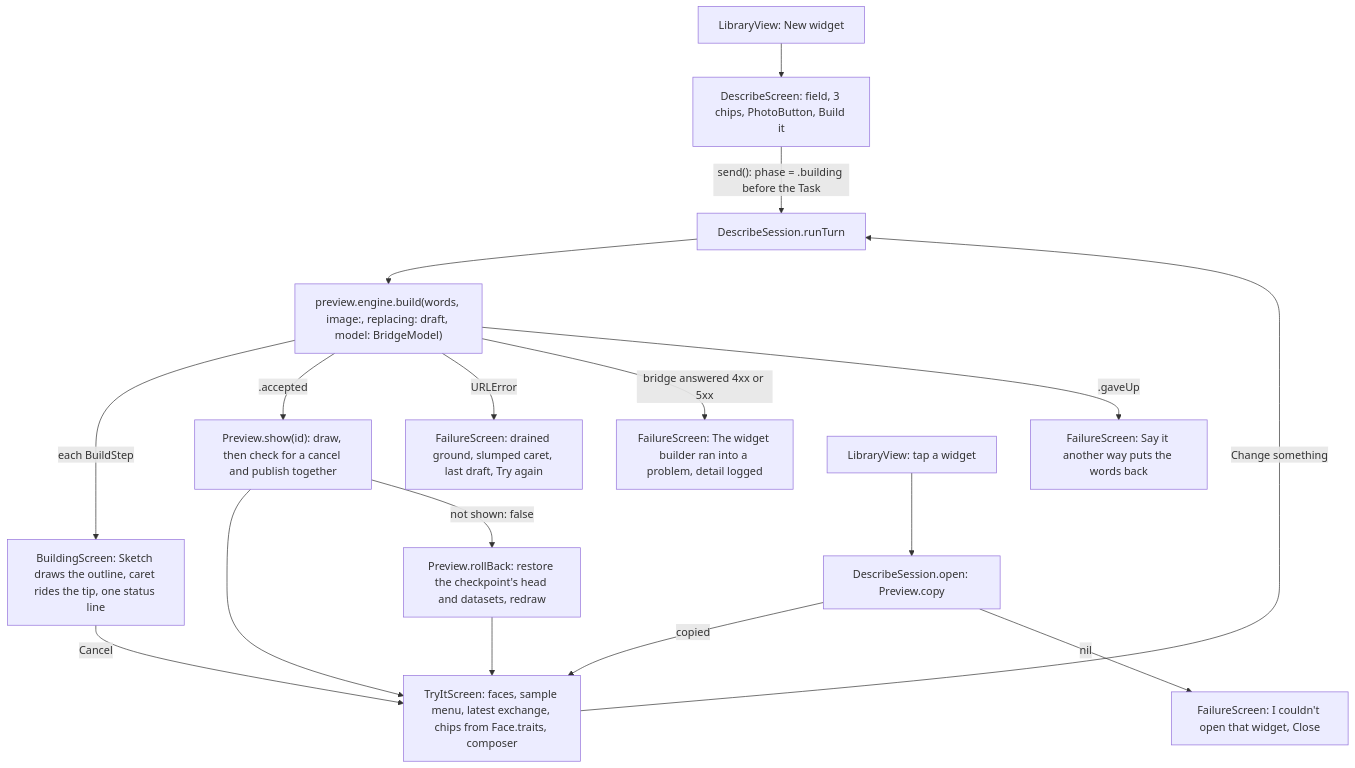
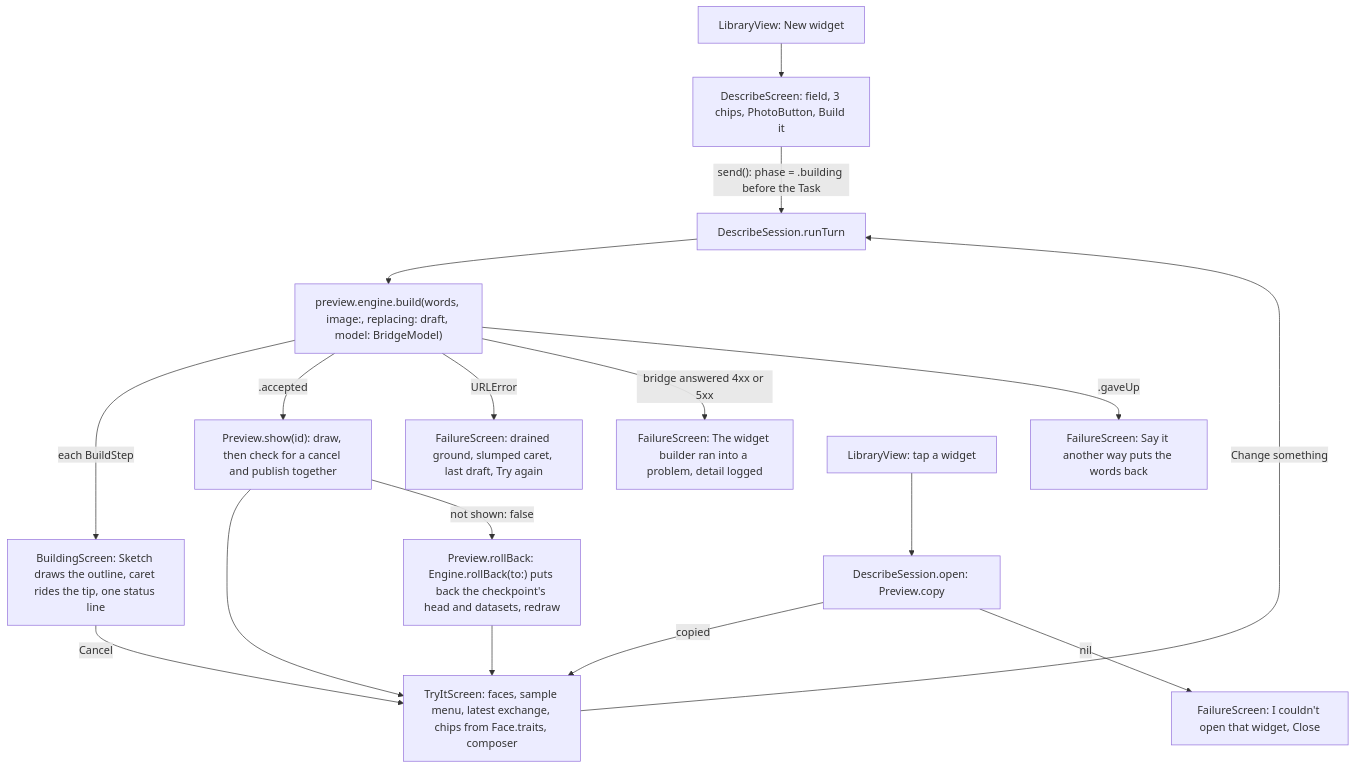
The first of 3 diagrams in docs/pr/8-phase-2-p5-describe.md (Krutik460/Widgie), drawn with Mermaid before and after one commit. The commit also changed other lines of this file and 6 other files, not shown here.

Commit message:
Name the checkpoint undo rollBack(to:) from the engine through the store to the preview

````diff
--- a/docs/pr/8-phase-2-p5-describe.md
+++ b/docs/pr/8-phase-2-p5-describe.md
@@ -24,17 +24,17 @@
 ```mermaid
 flowchart TD
   L["LibraryView: New widget"] --> DS["DescribeScreen: field, 3 chips, PhotoButton, Build it"]
   DS -->|"send(): phase = .building before the Task"| RT["DescribeSession.runTurn"]
   RT --> LP["preview.engine.build(words, image:, replacing: draft, model: BridgeModel)"]
   LP -->|"each BuildStep"| BS["BuildingScreen: Sketch draws the outline, caret rides the tip, one status line"]
   LP -->|".accepted"| SH["Preview.show(id): draw, then check for a cancel and publish together"] --> TI["TryItScreen: faces, sample menu, latest exchange, chips from Face.traits, composer"]
   LP -->|"URLError"| FU["FailureScreen: drained ground, slumped caret, last draft, Try again"]
   LP -->|"bridge answered 4xx or 5xx"| FR["FailureScreen: The widget builder ran into a problem, detail logged"]
   LP -->|".gaveUp"| FG["FailureScreen: Say it another way puts the words back"]
   BS -->|"Cancel"| TI
-  SH -->|"not shown: false"| RS2["Preview.rollBack: restore the checkpoint's head and datasets, redraw"] --> TI
+  SH -->|"not shown: false"| RS2["Preview.rollBack: Engine.rollBack(to:) puts back the checkpoint's head and datasets, redraw"] --> TI
   TI -->|"Change something"| RT
   LV["LibraryView: tap a widget"] --> OP["DescribeSession.open: Preview.copy"]
   OP -->|"copied"| TI
   OP -->|"nil"| FO["FailureScreen: I couldn't open that widget, Close"]
 ```
````
